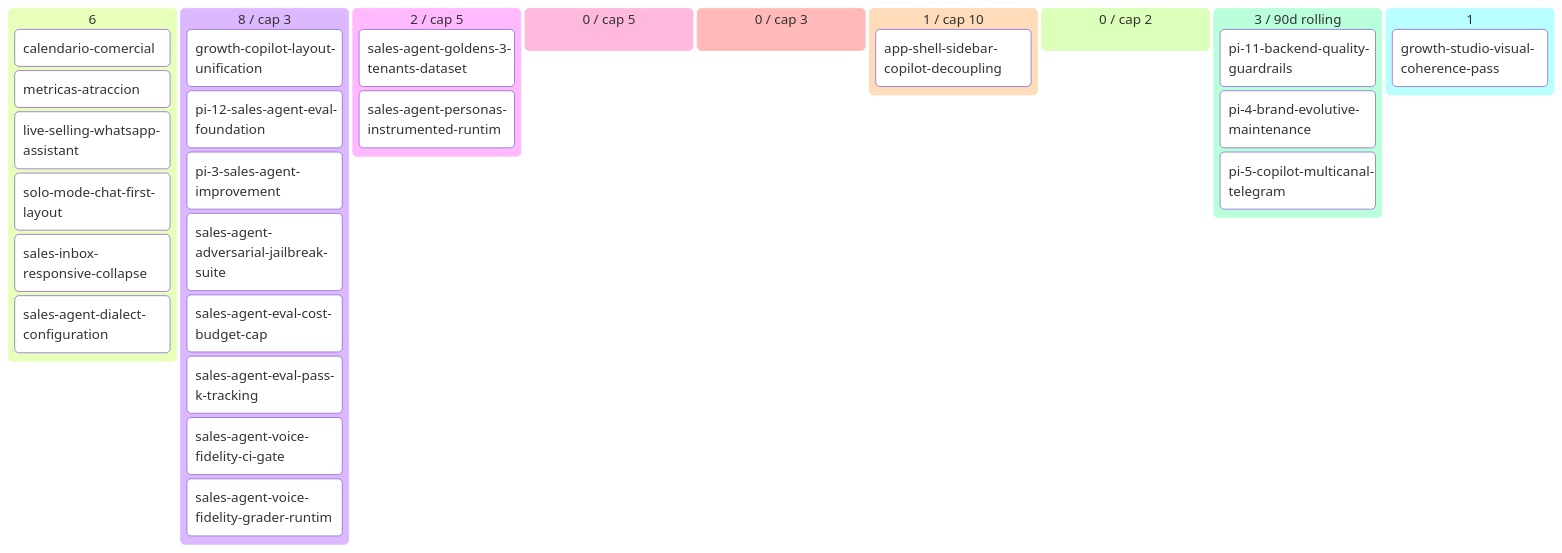
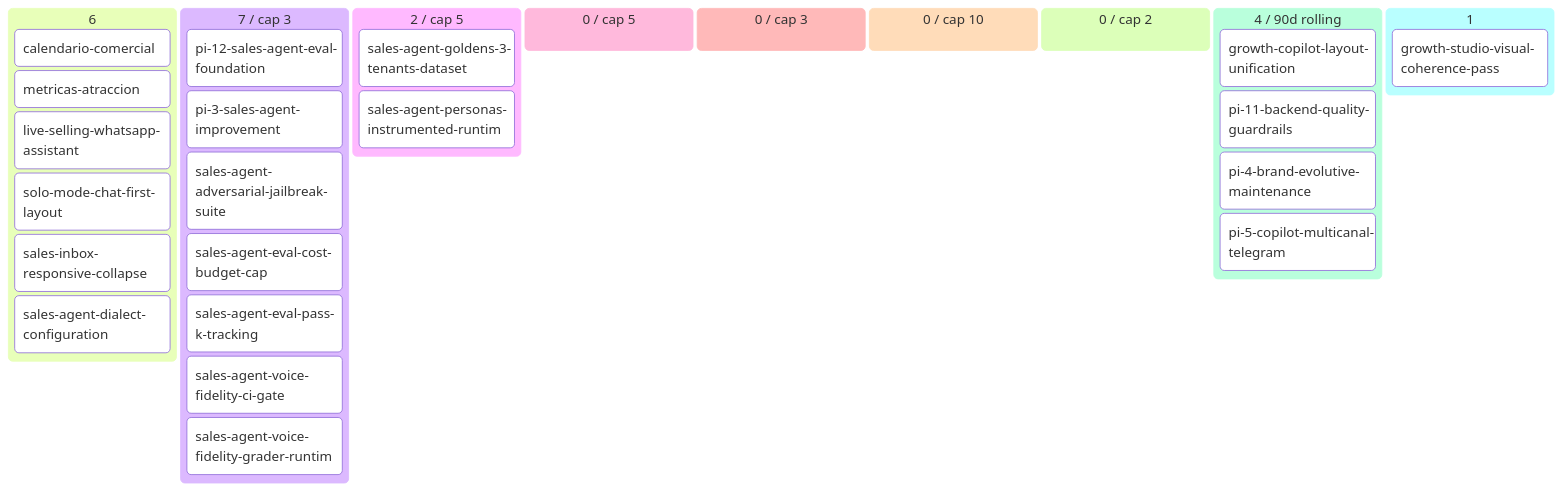
One commit to alpacapurpura/ap_sales_agent changed the diagram in docs/product/BACKLOG.md. Above: the diagram before and after it, drawn with Mermaid. The commit also changed other lines of this file and 37 other files, not shown here.

First line of the commit message:
chore(merge): Story 1 app-shell-sidebar-copilot-decoupling DONE — outcome growth-copilot-layout-unification CLOSED

````diff
--- a/docs/product/BACKLOG.md
+++ b/docs/product/BACKLOG.md
@@ -57,33 +57,32 @@
 ```mermaid
 kanban
   💡 Ideas (6)
     calendario-comercial[calendario-comercial]
     metricas-atraccion[metricas-atraccion]
     live-selling-whatsapp-assistan[live-selling-whatsapp-assistant]
     solo-mode-chat-first-layout[solo-mode-chat-first-layout]
     sales-inbox-responsive-collaps[sales-inbox-responsive-collapse]
     sales-agent-dialect-configurat[sales-agent-dialect-configuration]
-  🔬 Refining (8 / cap 3)
-    growth-copilot-layout-unificat[growth-copilot-layout-unification]
+  🔬 Refining (7 / cap 3)
     pi-12-sales-agent-eval-foundat[pi-12-sales-agent-eval-foundation]
     pi-3-sales-agent-improvement[pi-3-sales-agent-improvement]
     sales-agent-adversarial-jailbr[sales-agent-adversarial-jailbreak-suite]
     sales-agent-eval-cost-budget-c[sales-agent-eval-cost-budget-cap]
     sales-agent-eval-pass-k-tracki[sales-agent-eval-pass-k-tracking]
     sales-agent-voice-fidelity-ci-[sales-agent-voice-fidelity-ci-gate]
     sales-agent-voice-fidelity-gra[sales-agent-voice-fidelity-grader-runtim]
   ✅ Refined (2 / cap 5)
     sales-agent-goldens-3-tenants-[sales-agent-goldens-3-tenants-dataset]
     sales-agent-personas-instrumen[sales-agent-personas-instrumented-runtim]
   📦 Ready (0 / cap 5)
   🔨 Developing (0 / cap 3)
-  🧪 Developed (1 / cap 10)
-    app-shell-sidebar-copilot-deco[app-shell-sidebar-copilot-decoupling]
+  🧪 Developed (0 / cap 10)
   🔍 Reviewing (0 / cap 2)
-  ✅ Done (3 / 90d rolling)
+  ✅ Done (4 / 90d rolling)
+    growth-copilot-layout-unificat[growth-copilot-layout-unification]
     pi-11-backend-quality-guardrai[pi-11-backend-quality-guardrails]
     pi-4-brand-evolutive-maintenan[pi-4-brand-evolutive-maintenance]
     pi-5-copilot-multicanal-telegr[pi-5-copilot-multicanal-telegram]
   🅿 Parked (1)
     growth-studio-visual-coherence[growth-studio-visual-coherence-pass]
 ```
````
